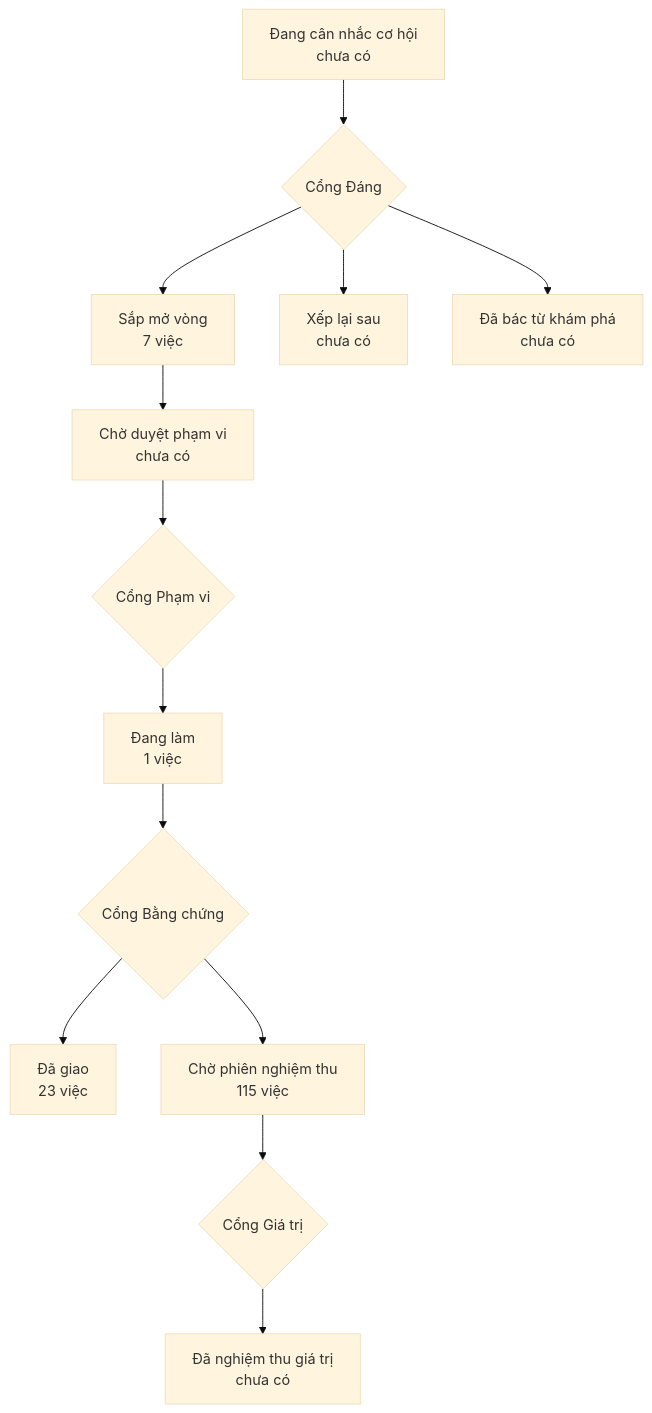
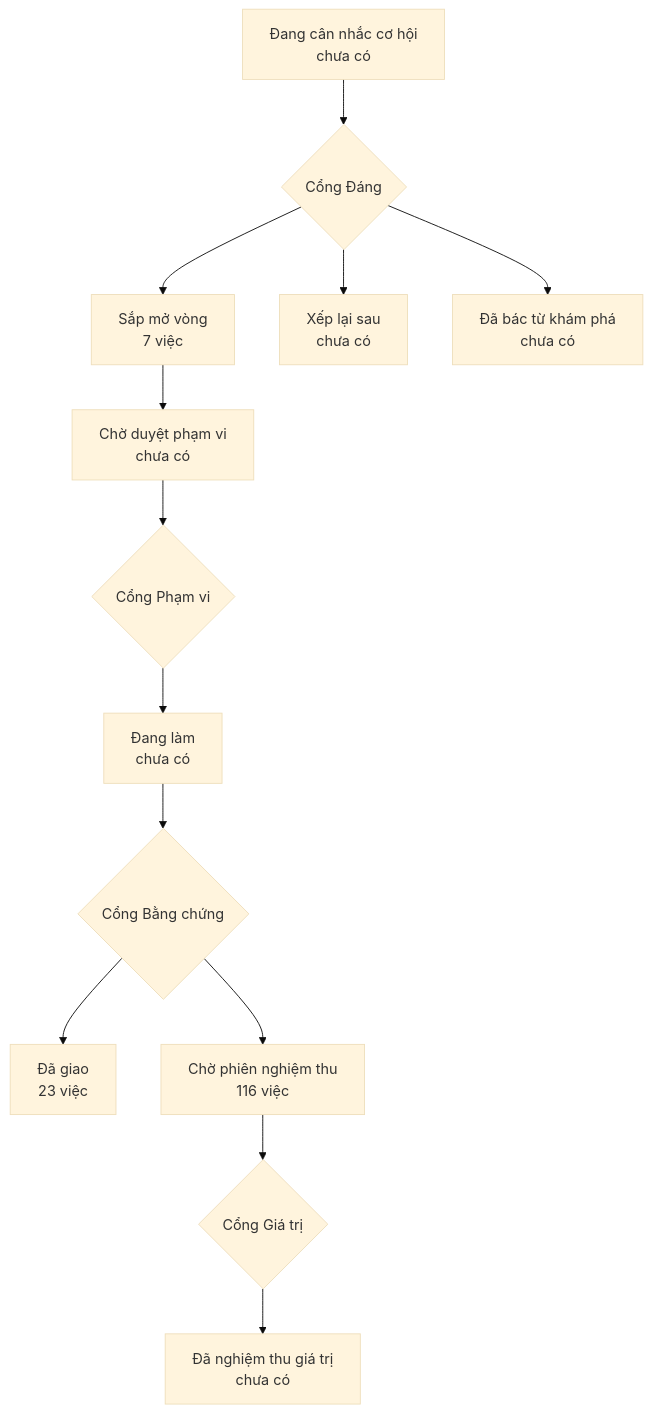
Before and after one commit to phanlemanh/onehub-quy-hang: the diagram in PRODUCT-MAP.md, drawn with Mermaid (base theme). The commit also changed other lines of this file and 12 other files, not shown here.

````diff
--- a/PRODUCT-MAP.md
+++ b/PRODUCT-MAP.md
@@ -7,12 +7,12 @@
 ```mermaid
 flowchart TD
   A["Đang cân nhắc cơ hội<br/>chưa có"] --> GD{"Cổng Đáng"}
   GD --> B["Sắp mở vòng<br/>7 việc"]
   GD --> XL["Xếp lại sau<br/>chưa có"]
   GD --> DB["Đã bác từ khám phá<br/>chưa có"]
   B --> CD["Chờ duyệt phạm vi<br/>chưa có"] --> GP{"Cổng Phạm vi"}
-  GP --> DL["Đang làm<br/>1 việc"] --> GB{"Cổng Bằng chứng"}
+  GP --> DL["Đang làm<br/>chưa có"] --> GB{"Cổng Bằng chứng"}
   GB --> DG["Đã giao<br/>23 việc"]
-  GB --> CN["Chờ phiên nghiệm thu<br/>115 việc"] --> GG{"Cổng Giá trị"}
+  GB --> CN["Chờ phiên nghiệm thu<br/>116 việc"] --> GG{"Cổng Giá trị"}
   GG --> NT["Đã nghiệm thu giá trị<br/>chưa có"]
 ```
````
